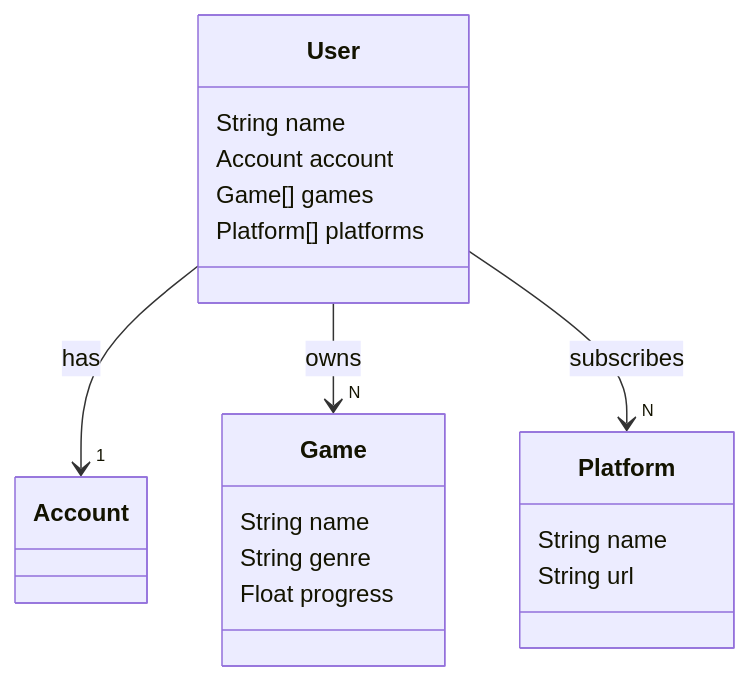
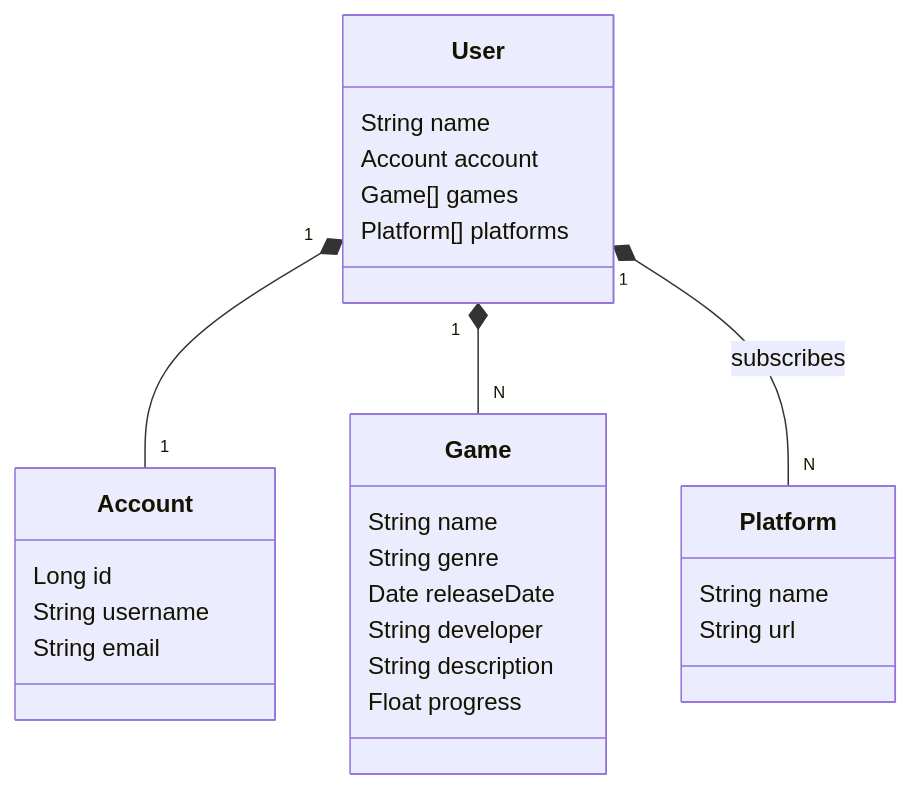
One commit to GuiBaeta/Projetos changed the diagram in Dio/ListaDeJogos/README.md. Above: the diagram before and after it, drawn with Mermaid.

````diff
--- a/Dio/ListaDeJogos/README.md
+++ b/Dio/ListaDeJogos/README.md
@@ -3,24 +3,34 @@
 ```mermaid
 classDiagram
     class User {
         String name
         Account account
         Game[] games
         Platform[] platforms
     }
 
+    class Account {
+        Long id
+        String username
+        String email
+    }
+
     class Game {
         String name
         String genre
+        Date releaseDate
+        String developer
+        String description
         Float progress
     }
 
     class Platform {
         String name
         String url
     }
 
-    User --> "1" Account : has
-    User --> "N" Game : owns
-    User --> "N" Platform : subscribes
+    User "1" *-- "1" Account
+    User "1" *-- "N" Game
+    User "1" *-- "N" Platform : subscribes
+
 ```
````
